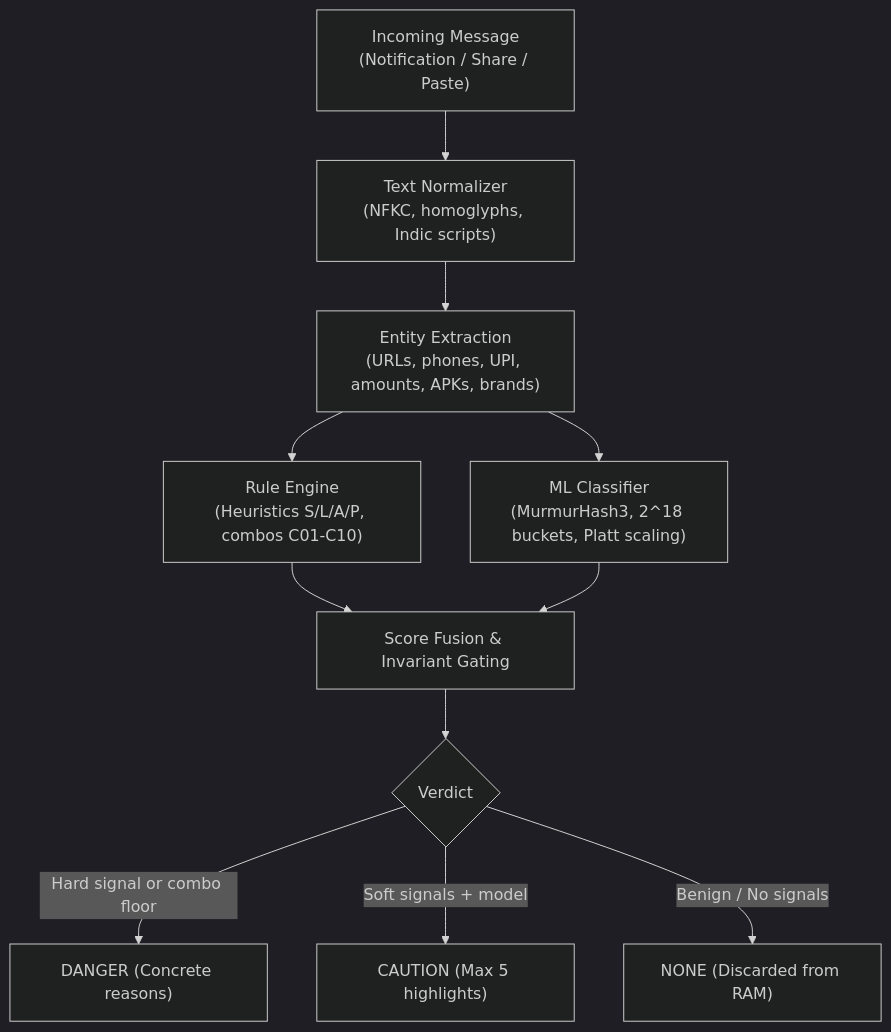
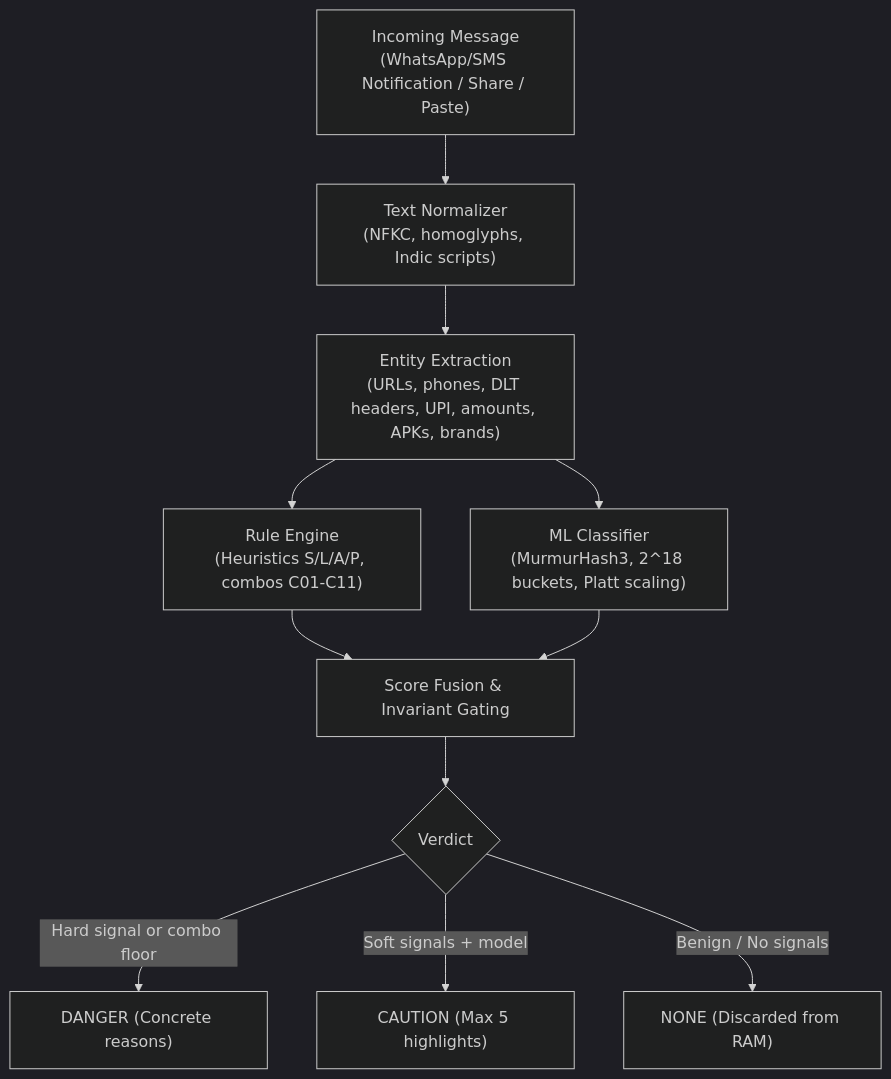
The diagram in README.md (Gourav-IITR/DUARF), drawn with Mermaid (dark theme) before and after one commit. The commit also changed other lines of this file and 51 other files, not shown here.

First line of the commit message:
feat(sms,engine): add SMS scam detection, TRAI DLT header parsing, and Invariant 6 guardrails

````diff
--- a/README.md
+++ b/README.md
@@ -32,13 +32,13 @@
 ```mermaid
 flowchart TD
-    A["Incoming Message<br/>(Notification / Share / Paste)"] --> B["Text Normalizer<br/>(NFKC, homoglyphs, Indic scripts)"]
-    B --> C["Entity Extraction<br/>(URLs, phones, UPI, amounts, APKs, brands)"]
-    C --> D1["Rule Engine<br/>(Heuristics S/L/A/P, combos C01-C10)"]
+    A["Incoming Message<br/>(WhatsApp/SMS Notification / Share / Paste)"] --> B["Text Normalizer<br/>(NFKC, homoglyphs, Indic scripts)"]
+    B --> C["Entity Extraction<br/>(URLs, phones, DLT headers, UPI, amounts, APKs, brands)"]
+    C --> D1["Rule Engine<br/>(Heuristics S/L/A/P, combos C01-C11)"]
     C --> D2["ML Classifier<br/>(MurmurHash3, 2^18 buckets, Platt scaling)"]
     D1 --> E["Score Fusion & Invariant Gating"]
     D2 --> E
     E --> F{"Verdict"}
     F -->|"Hard signal or combo floor"| G["DANGER (Concrete reasons)"]
     F -->|"Soft signals + model"| H["CAUTION (Max 5 highlights)"]
     F -->|"Benign / No signals"| I["NONE (Discarded from RAM)"]
 ```
````
